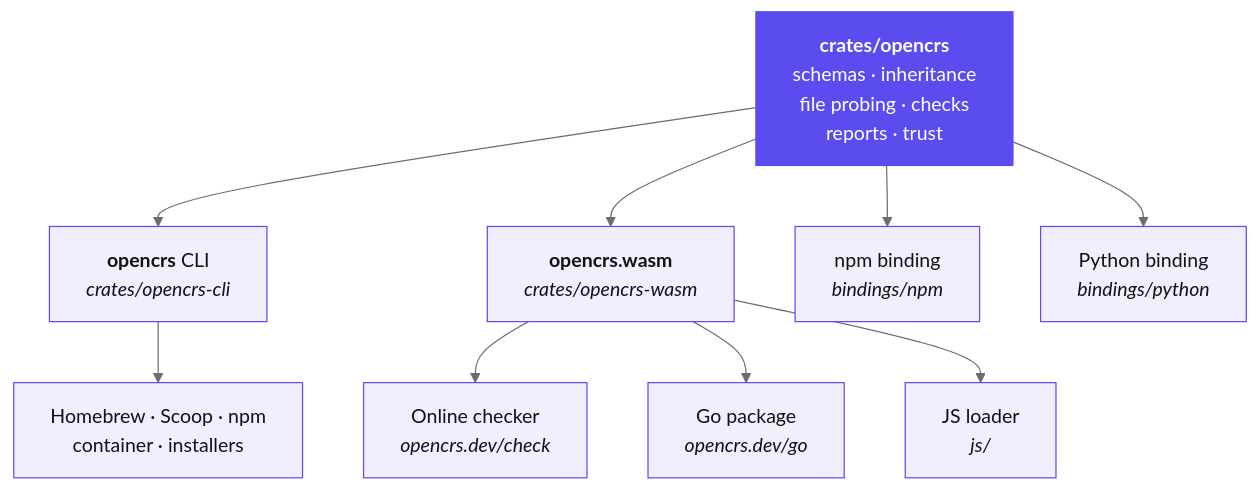
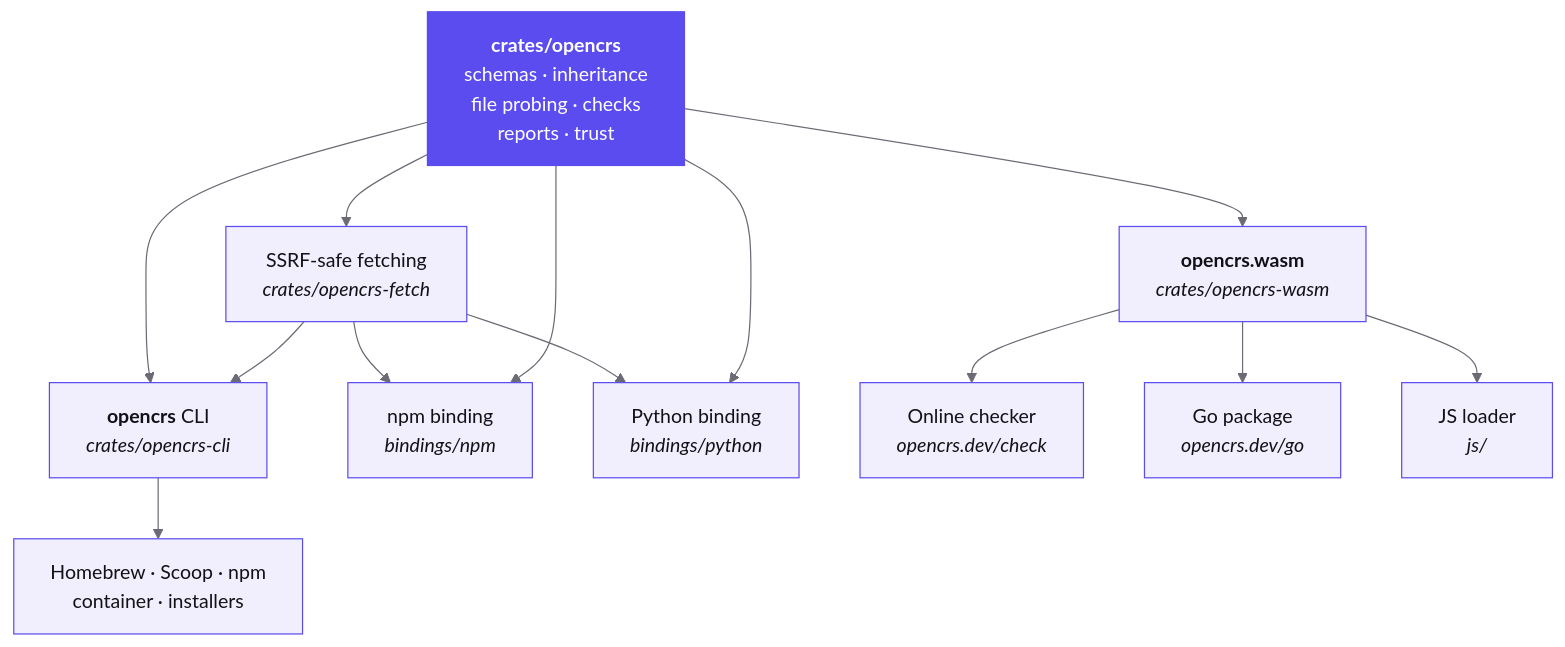
The second of 2 diagrams in README.md (OpenCRS-Org/opencrs), drawn with Mermaid before and after one commit. The commit also changed other lines of this file and 47 other files, not shown here.

````diff
--- a/README.md
+++ b/README.md
@@ -180,16 +185,20 @@
 ```mermaid
 %%{init: {'theme':'base','themeVariables':{'primaryColor':'#F1EFFE','primaryBorderColor':'#5B4CF0','primaryTextColor':'#121216','lineColor':'#6B6B76','clusterBkg':'#F7F7F4','clusterBorder':'#D9D9E0','edgeLabelBackground':'#FFFFFF','fontFamily':'Inter, system-ui, sans-serif'}}}%%
 flowchart TB
     CORE["<b>crates/opencrs</b><br/>schemas · inheritance<br/>file probing · checks<br/>reports · trust"]
     CORE --> CLI["<b>opencrs</b> CLI<br/><i>crates/opencrs-cli</i>"]
+    CORE --> FETCH["SSRF-safe fetching<br/><i>crates/opencrs-fetch</i>"]
+    FETCH --> CLI
+    FETCH --> NPM
+    FETCH --> PY
     CORE --> WASM["<b>opencrs.wasm</b><br/><i>crates/opencrs-wasm</i>"]
     CORE --> NPM["npm binding<br/><i>bindings/npm</i>"]
     CORE --> PY["Python binding<br/><i>bindings/python</i>"]
     WASM --> WEB["Online checker<br/><i>opencrs.dev/check</i>"]
     WASM --> GO["Go package<br/><i>opencrs.dev/go</i>"]
     WASM --> JS["JS loader<br/><i>js/</i>"]
     CLI --> CH["Homebrew · Scoop · npm<br/>container · installers"]
 
     classDef accent fill:#5B4CF0,stroke:#5B4CF0,color:#fff
     class CORE accent
 ```
````
